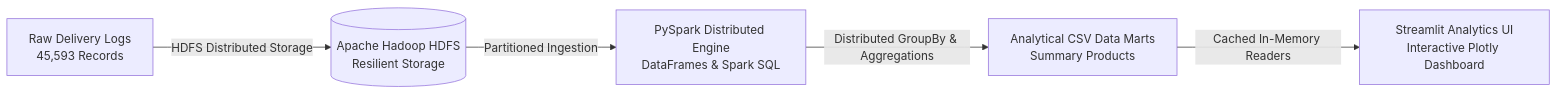
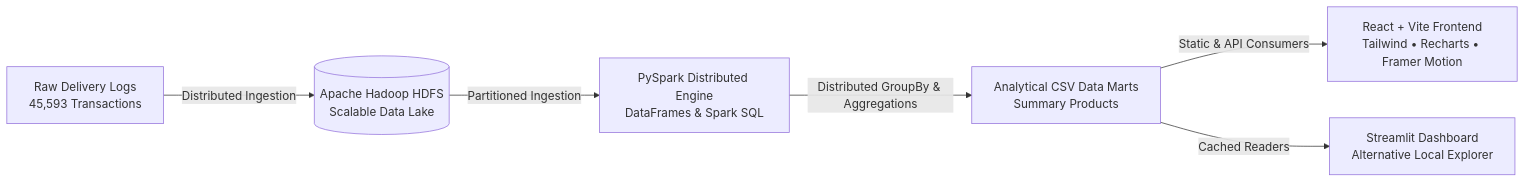
The diagram in README.md (AnupamXcode/SmartDeliveryApp), drawn with Mermaid before and after one commit. The commit also changed other lines of this file and 33 other files, not shown here.

Commit message:
feat: complete React + Vite analytics dashboard with Recharts, Tailwind CSS, and Vercel readiness

````diff
--- a/README.md
+++ b/README.md
@@ -12,7 +9,8 @@
 ```mermaid
 flowchart LR
-    A[Raw Delivery Logs\n45,593 Records] -->|HDFS Distributed Storage| B[(Apache Hadoop HDFS\nResilient Storage)]
+    A[Raw Delivery Logs\n45,593 Transactions] -->|Distributed Ingestion| B[(Apache Hadoop HDFS\nScalable Data Lake)]
     B -->|Partitioned Ingestion| C[PySpark Distributed Engine\nDataFrames & Spark SQL]
     C -->|Distributed GroupBy & Aggregations| D[Analytical CSV Data Marts\nSummary Products]
-    D -->|Cached In-Memory Readers| E[Streamlit Analytics UI\nInteractive Plotly Dashboard]
+    D -->|Static & API Consumers| E[React + Vite Frontend\nTailwind • Recharts • Framer Motion]
+    D -->|Cached Readers| F[Streamlit Dashboard\nAlternative Local Explorer]
 ```
````
